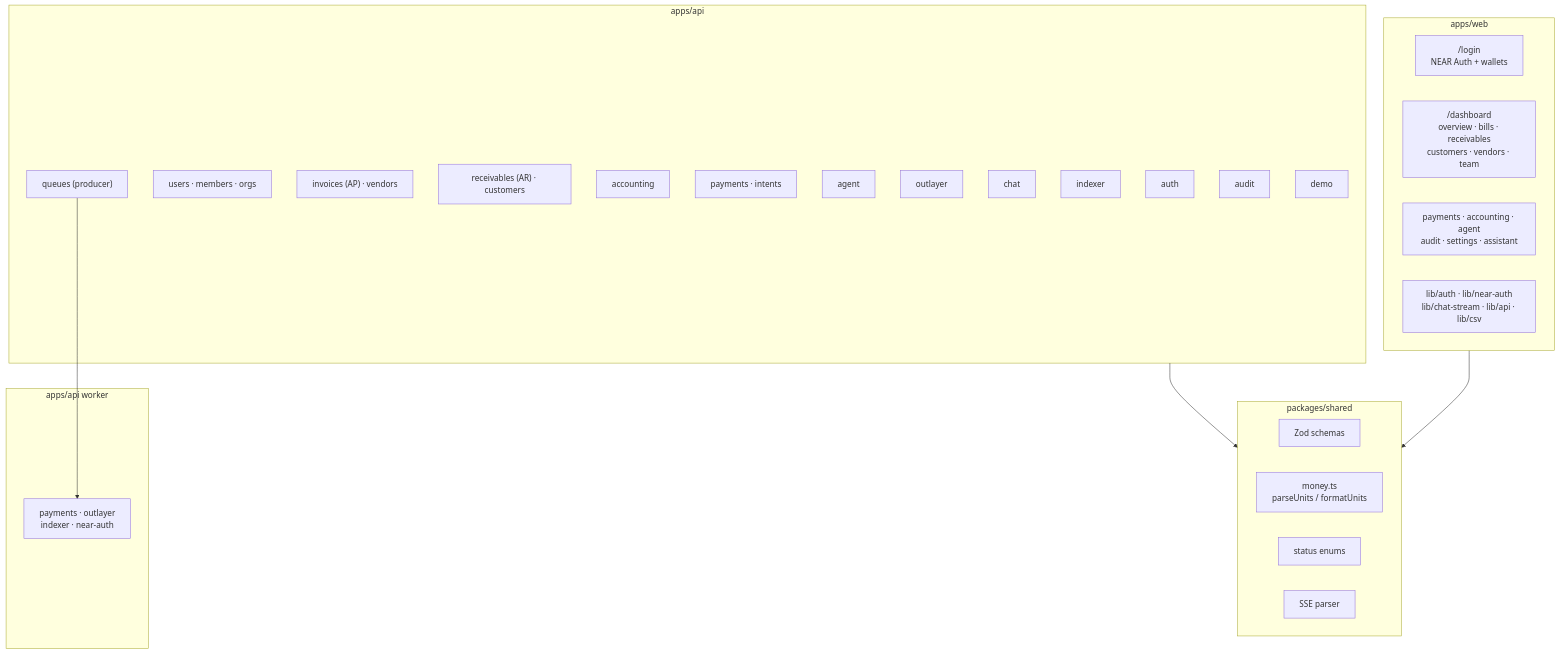
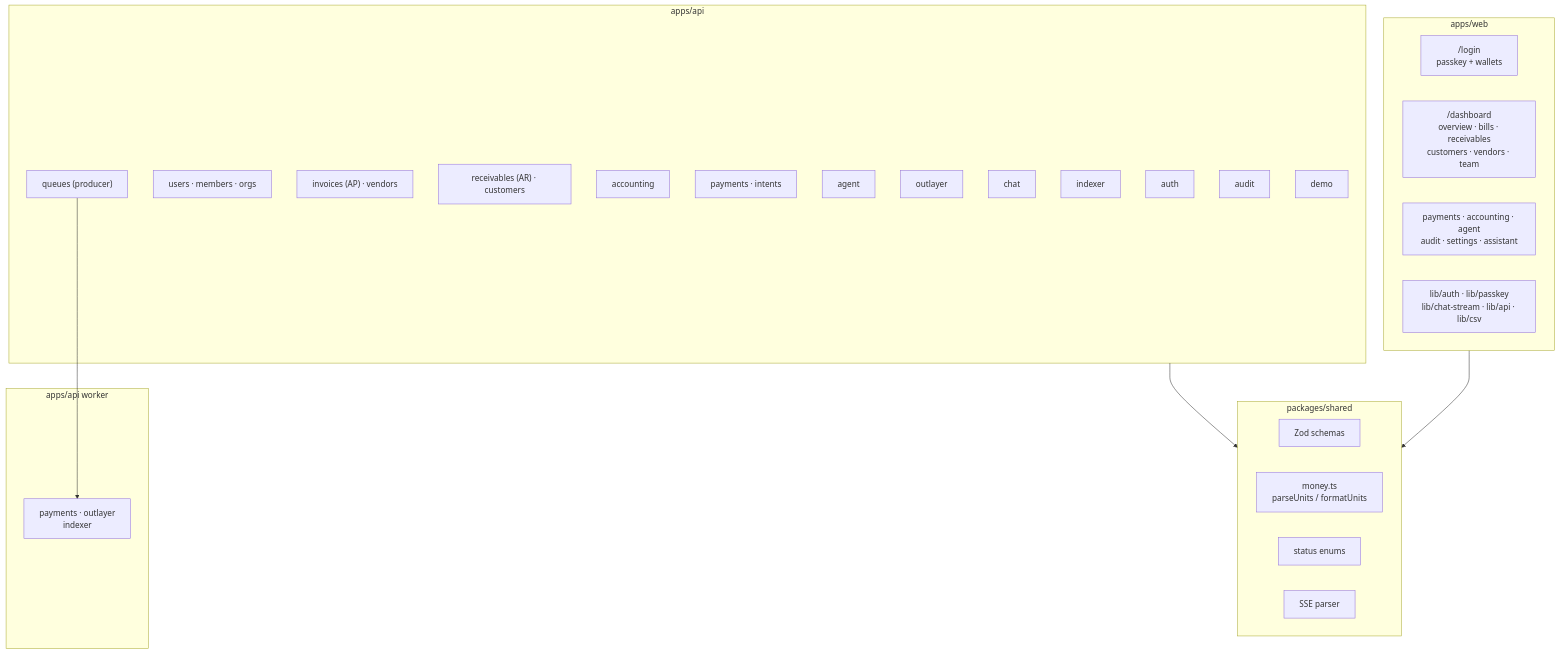
The second of 16 diagrams in docs/architecture.md (cryingraven/keiz-platform), drawn with Mermaid before and after one commit. The commit also changed other lines of this file and 51 other files, not shown here.

First line of the commit message:
feat(auth): implement WebAuthn challenge and credential schemas

````diff
--- a/docs/architecture.md
+++ b/docs/architecture.md
@@ -98,40 +95,40 @@
 ```mermaid
 flowchart TB
   subgraph Web["apps/web"]
-    Login["/login<br/>NEAR Auth + wallets"]
+    Login["/login<br/>passkey + wallets"]
     Dash["/dashboard<br/>overview · bills · receivables<br/>customers · vendors · team"]
     Ops["payments · accounting · agent<br/>audit · settings · assistant"]
-    Lib["lib/auth · lib/near-auth<br/>lib/chat-stream · lib/api · lib/csv"]
+    Lib["lib/auth · lib/passkey<br/>lib/chat-stream · lib/api · lib/csv"]
   end
 
   subgraph Shared["packages/shared"]
     Schemas["Zod schemas"]
     Money["money.ts<br/>parseUnits / formatUnits"]
     Status["status enums"]
     SSE["SSE parser"]
   end
 
   subgraph Api["apps/api"]
     Auth["auth"]
     Users["users · members · orgs"]
     Inv["invoices (AP) · vendors"]
     AR["receivables (AR) · customers"]
     Books["accounting"]
     Payments["payments · intents"]
     Agent["agent"]
     Outlayer["outlayer"]
     Chat["chat"]
     Indexer["indexer"]
     Queues["queues (producer)"]
     Audit["audit"]
     Demo["demo"]
   end
 
   subgraph Worker["apps/api worker"]
-    Jobs["payments · outlayer<br/>indexer · near-auth"]
+    Jobs["payments · outlayer<br/>indexer"]
   end
 
   Web --> Shared
   Api --> Shared
   Queues --> Jobs
 ```
````
